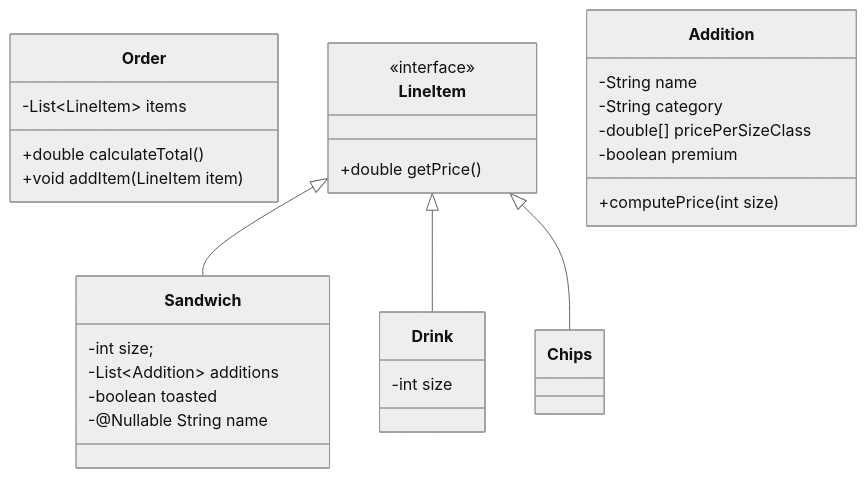
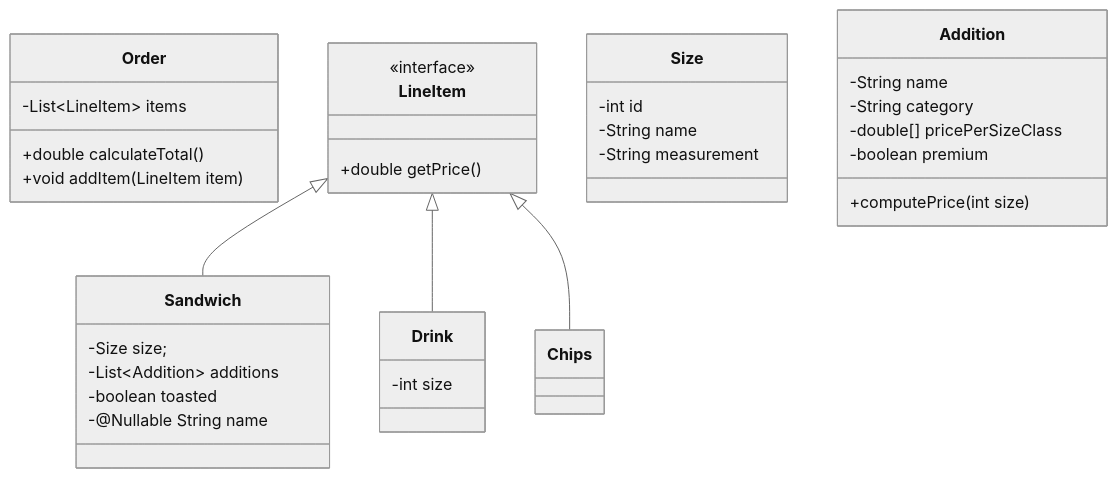
One commit to yuujn/nuclear-subs changed the first of 4 diagrams in diagrams/class_diagrams.md. Above: the diagram before and after it, drawn with Mermaid (neutral theme). The commit also changed other lines of this file and 3 other files, not shown here.

First line of the commit message:
create sandwich data files and adjust class diagram

````diff
--- a/diagrams/class_diagrams.md
+++ b/diagrams/class_diagrams.md
@@ -3,36 +3,42 @@
 ```mermaid
 classDiagram
     class Order {
         -List&lt;LineItem&gt; items
         +double calculateTotal()
         +void addItem(LineItem item)
     }
     class LineItem {
         <<interface>>
         +double getPrice()
     }
-    
+
+    class Size {
+        -int id
+        -String name
+        -String measurement
+    }
+
     LineItem <|-- Sandwich
     class Sandwich {
-        -int size;
+        -Size size;
         -List&lt;Addition&gt; additions
         -boolean toasted
         -@Nullable String name
     }
     class Addition {
         -String name
         -String category
         -double[] pricePerSizeClass
         -boolean premium
         +computePrice(int size)
     }
     
     LineItem <|-- Drink
     class Drink {
         -int size
     }
     LineItem <|-- Chips
     class Chips {
         
     }
 ```
````
